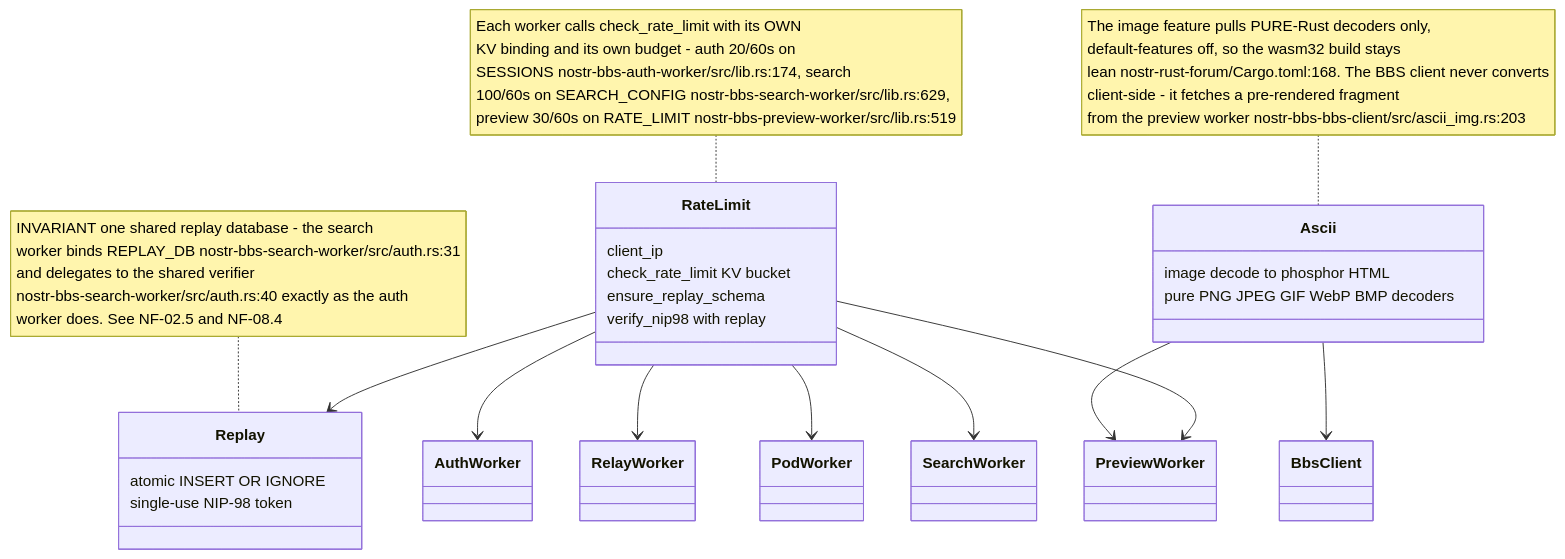
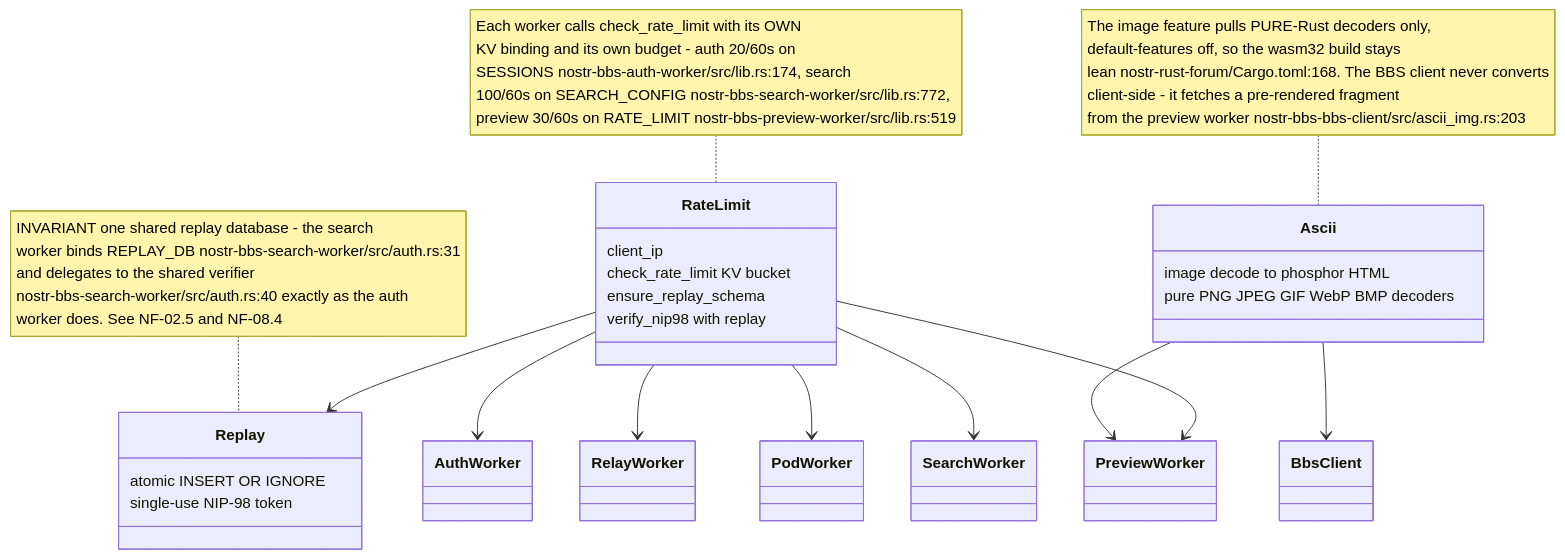
The eighth of 8 diagrams in docs/diagrams/nostr-rust-forum/07-search-preview-and-shared-worker-utilities.md (DreamLab-AI/VisionFlow), drawn with Mermaid before and after one commit. The commit also changed other lines of this file and 11 other files, not shown here.

````diff
--- a/docs/diagrams/nostr-rust-forum/07-search-preview-and-shared-worker-utilities.md
+++ b/docs/diagrams/nostr-rust-forum/07-search-preview-and-shared-worker-utilities.md
@@ -195,29 +201,29 @@
 ```mermaid
 classDiagram
     class RateLimit {
         client_ip
         check_rate_limit KV bucket
         ensure_replay_schema
         verify_nip98 with replay
     }
     class Replay {
         atomic INSERT OR IGNORE
         single-use NIP-98 token
     }
     class Ascii {
         image decode to phosphor HTML
         pure PNG JPEG GIF WebP BMP decoders
     }
     RateLimit --> Replay
     Ascii --> PreviewWorker
     Ascii --> BbsClient
     RateLimit --> AuthWorker
     RateLimit --> RelayWorker
     RateLimit --> PodWorker
     RateLimit --> SearchWorker
     RateLimit --> PreviewWorker
 
-    note for RateLimit "Each worker calls check_rate_limit with its OWN<br/>KV binding and its own budget - auth 20/60s on<br/>SESSIONS nostr-bbs-auth-worker/src/lib.rs:174, search<br/>100/60s on SEARCH_CONFIG nostr-bbs-search-worker/src/lib.rs:629,<br/>preview 30/60s on RATE_LIMIT nostr-bbs-preview-worker/src/lib.rs:519"
+    note for RateLimit "Each worker calls check_rate_limit with its OWN<br/>KV binding and its own budget - auth 20/60s on<br/>SESSIONS nostr-bbs-auth-worker/src/lib.rs:174, search<br/>100/60s on SEARCH_CONFIG nostr-bbs-search-worker/src/lib.rs:772,<br/>preview 30/60s on RATE_LIMIT nostr-bbs-preview-worker/src/lib.rs:519"
     note for Replay "INVARIANT one shared replay database - the search<br/>worker binds REPLAY_DB nostr-bbs-search-worker/src/auth.rs:31<br/>and delegates to the shared verifier<br/>nostr-bbs-search-worker/src/auth.rs:40 exactly as the auth<br/>worker does. See NF-02.5 and NF-08.4"
     note for Ascii "The image feature pulls PURE-Rust decoders only,<br/>default-features off, so the wasm32 build stays<br/>lean nostr-rust-forum/Cargo.toml:168. The BBS client never converts<br/>client-side - it fetches a pre-rendered fragment<br/>from the preview worker nostr-bbs-bbs-client/src/ascii_img.rs:203"
 ```
````
